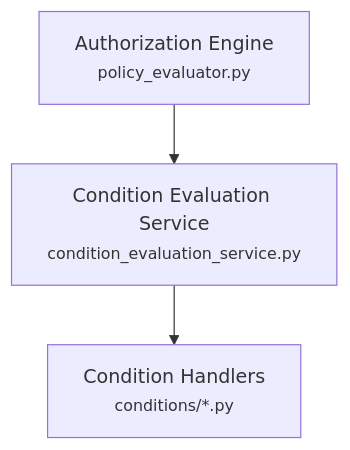
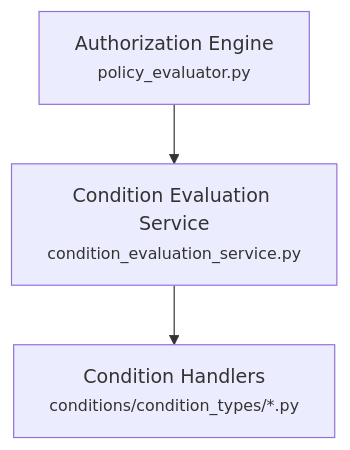
The diagram in docs/mystic_auth/authorization/adding-condition-handlers.md (Nachiket-2024/mystic-auth), drawn with Mermaid before and after one commit. The commit also changed other lines of this file and 131 other files, not shown here.

````diff
--- a/docs/mystic_auth/authorization/adding-condition-handlers.md
+++ b/docs/mystic_auth/authorization/adding-condition-handlers.md
@@ -5,8 +5,8 @@
 ```mermaid
 flowchart TD
     Engine["Authorization Engine<br/><small>policy_evaluator.py</small>"]
     Service["Condition Evaluation Service<br/><small>condition_evaluation_service.py</small>"]
-    Handlers["Condition Handlers<br/><small>conditions/*.py</small>"]
+    Handlers["Condition Handlers<br/><small>conditions/condition_types/*.py</small>"]
 
     Engine --> Service --> Handlers
 ```
````
